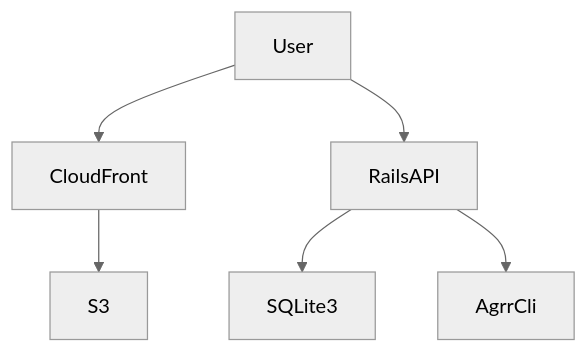
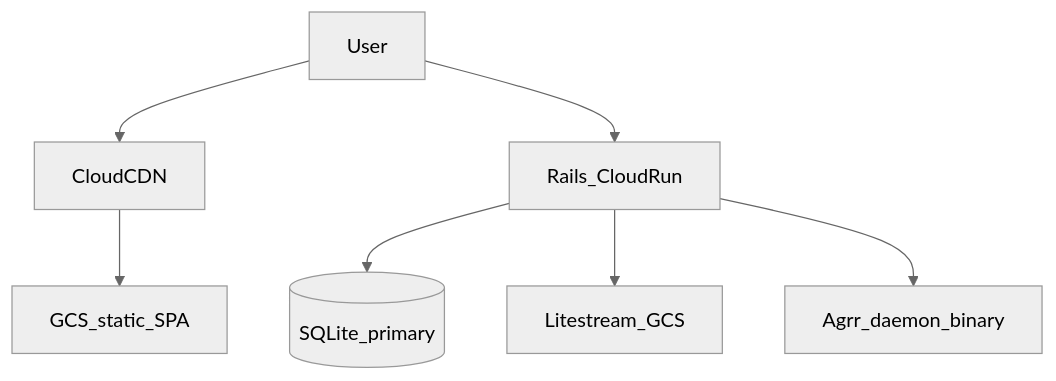
The first of 2 diagrams in ARCHITECTURE.md (rick-chick/agrr), drawn with Mermaid (neutral theme) before and after one commit. The commit also changed other lines of this file and 2 other files, not shown here.

First line of the commit message:
docs: update architecture and rules references (T-001/T-002/T-003)

````diff
--- a/ARCHITECTURE.md
+++ b/ARCHITECTURE.md
@@ -51,8 +22,9 @@
 ```mermaid
 flowchart TD
-  User[User] --> CloudFront[CloudFront]
-  CloudFront --> S3[S3]
-  User --> RailsAPI[RailsAPI]
-  RailsAPI --> Database[SQLite3]
-  RailsAPI --> AgrrCli[AgrrCli]
+  User[User] --> CDN[CloudCDN]
+  CDN --> GCS[GCS_static_SPA]
+  User --> CloudRun[Rails_CloudRun]
+  CloudRun --> SQLite[(SQLite_primary)]
+  CloudRun --> Litestream[Litestream_GCS]
+  CloudRun --> AgrrDaemon[Agrr_daemon_binary]
 ```
````
